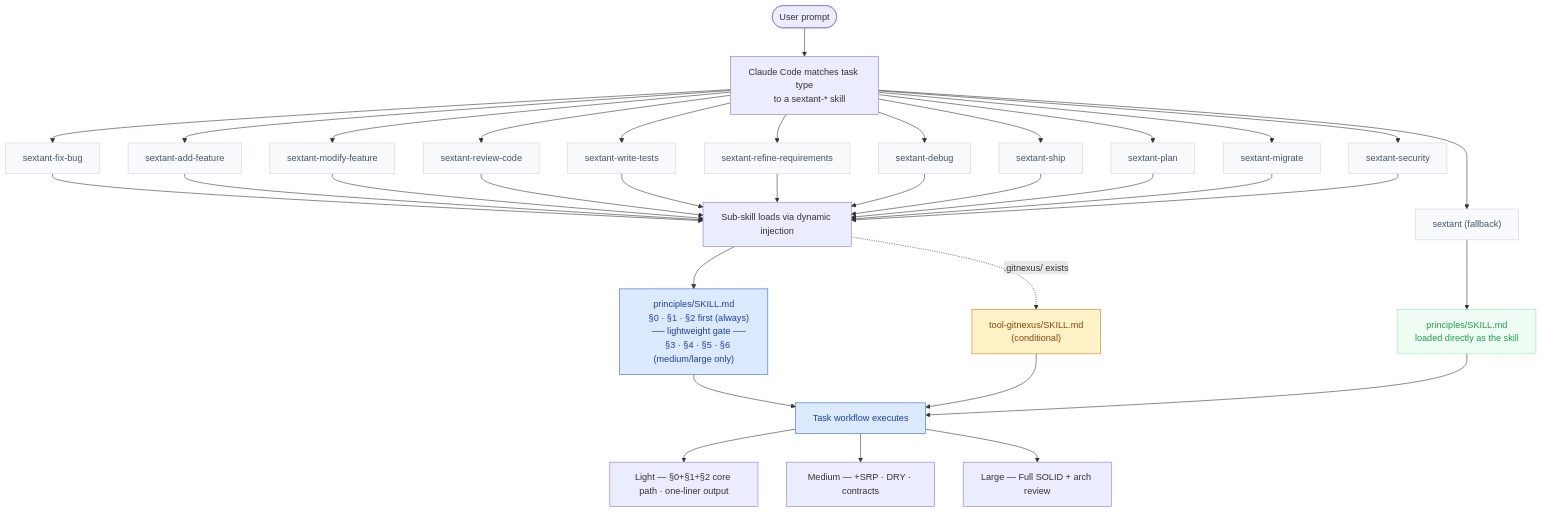
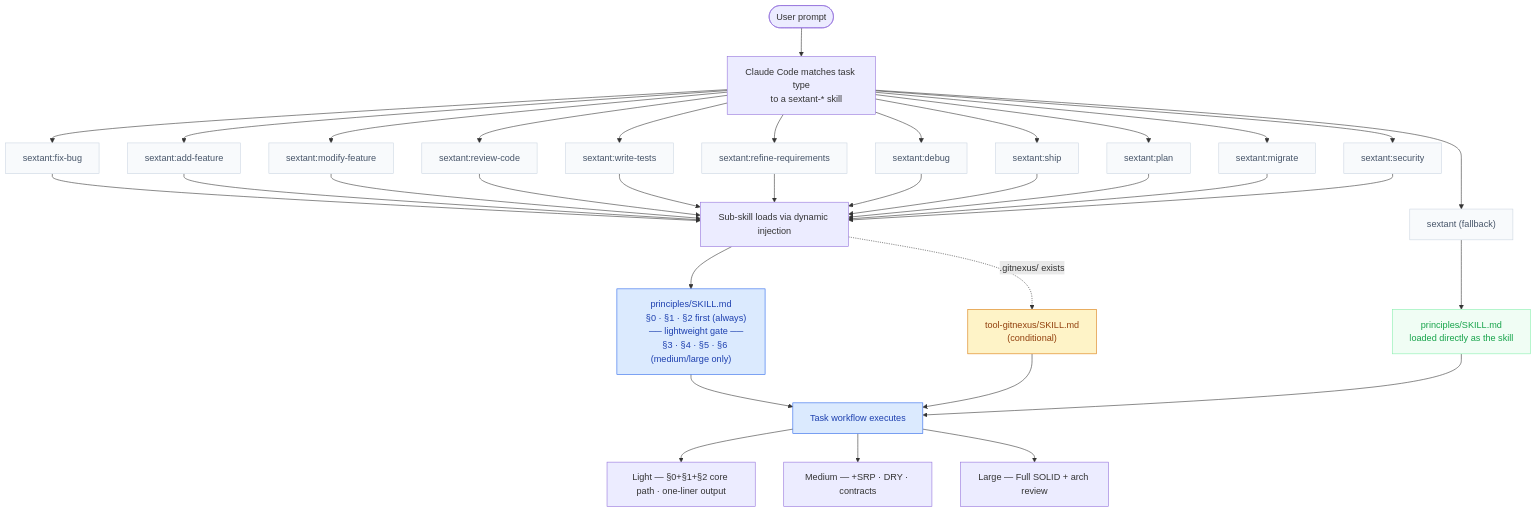
The diagram in README.md (hellotern/Sextant), drawn with Mermaid before and after one commit. The commit also changed other lines of this file and 14 other files, not shown here.

````diff
--- a/README.md
+++ b/README.md
@@ -62,58 +73,58 @@
 ```mermaid
 flowchart TD
     A(["User prompt"]) --> B
 
     B["Claude Code matches task type
     to a sextant-* skill"]
-    B --> R1["sextant-fix-bug"]
-    B --> R2["sextant-add-feature"]
-    B --> R3["sextant-modify-feature"]
-    B --> R4["sextant-review-code"]
-    B --> R5["sextant-write-tests"]
-    B --> R6["sextant-refine-requirements"]
-    B --> R8["sextant-debug"]
-    B --> R9["sextant-ship"]
-    B --> R10["sextant-plan"]
-    B --> R11["sextant-migrate"]
-    B --> R12["sextant-security"]
+    B --> R1["sextant:fix-bug"]
+    B --> R2["sextant:add-feature"]
+    B --> R3["sextant:modify-feature"]
+    B --> R4["sextant:review-code"]
+    B --> R5["sextant:write-tests"]
+    B --> R6["sextant:refine-requirements"]
+    B --> R8["sextant:debug"]
+    B --> R9["sextant:ship"]
+    B --> R10["sextant:plan"]
+    B --> R11["sextant:migrate"]
+    B --> R12["sextant:security"]
     B --> R7["sextant (fallback)"]
 
     R1 --> C
     R2 --> C
     R3 --> C
     R4 --> C
     R5 --> C
     R6 --> C
     R8 --> C
     R9 --> C
     R10 --> C
     R11 --> C
     R12 --> C
     R7 --> F["principles/SKILL.md
     loaded directly as the skill"]
 
     C["Sub-skill loads via dynamic injection"]
     C --> P["principles/SKILL.md
     §0 · §1 · §2 first (always)
     ── lightweight gate ──
     §3 · §4 · §5 · §6 (medium/large only)"]
     C -.->|.gitnexus/ exists| GN["tool-gitnexus/SKILL.md
     (conditional)"]
     P --> D["Task workflow executes"]
     GN --> D
     F --> D
 
     D --> S1["Light — §0+§1+§2 core path · one-liner output"]
     D --> S2["Medium — +SRP · DRY · contracts"]
     D --> S3["Large — Full SOLID + arch review"]
 
     classDef skill       fill:#f8fafc,stroke:#cbd5e1,color:#475569
     classDef inject      fill:#dbeafe,stroke:#2563eb,color:#1e40af
     classDef conditional fill:#fef3c7,stroke:#d97706,color:#92400e
     classDef fallback    fill:#f0fdf4,stroke:#86efac,color:#16a34a
 
     class R1,R2,R3,R4,R5,R6,R7,R8,R9,R10,R11,R12 skill
     class P,D inject
     class GN conditional
     class F fallback
 ```
````
